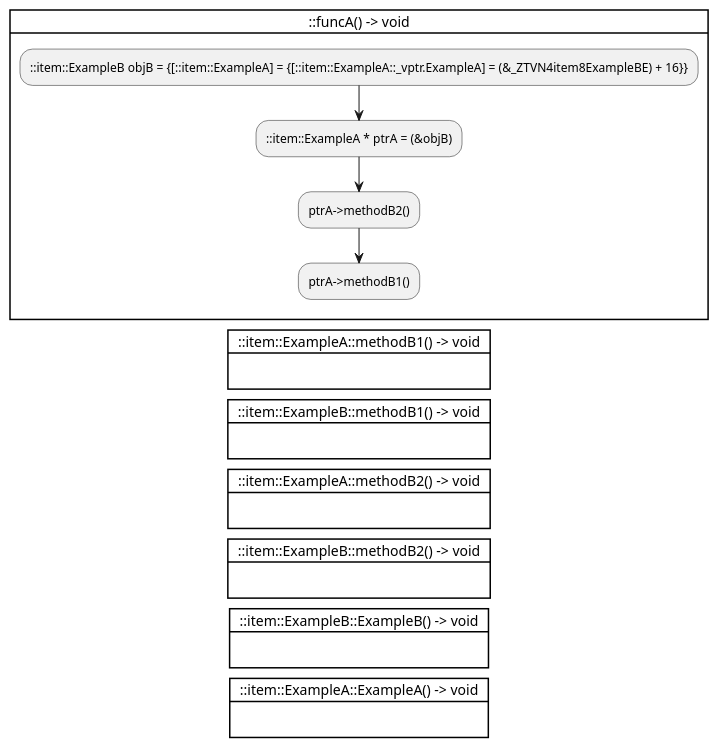
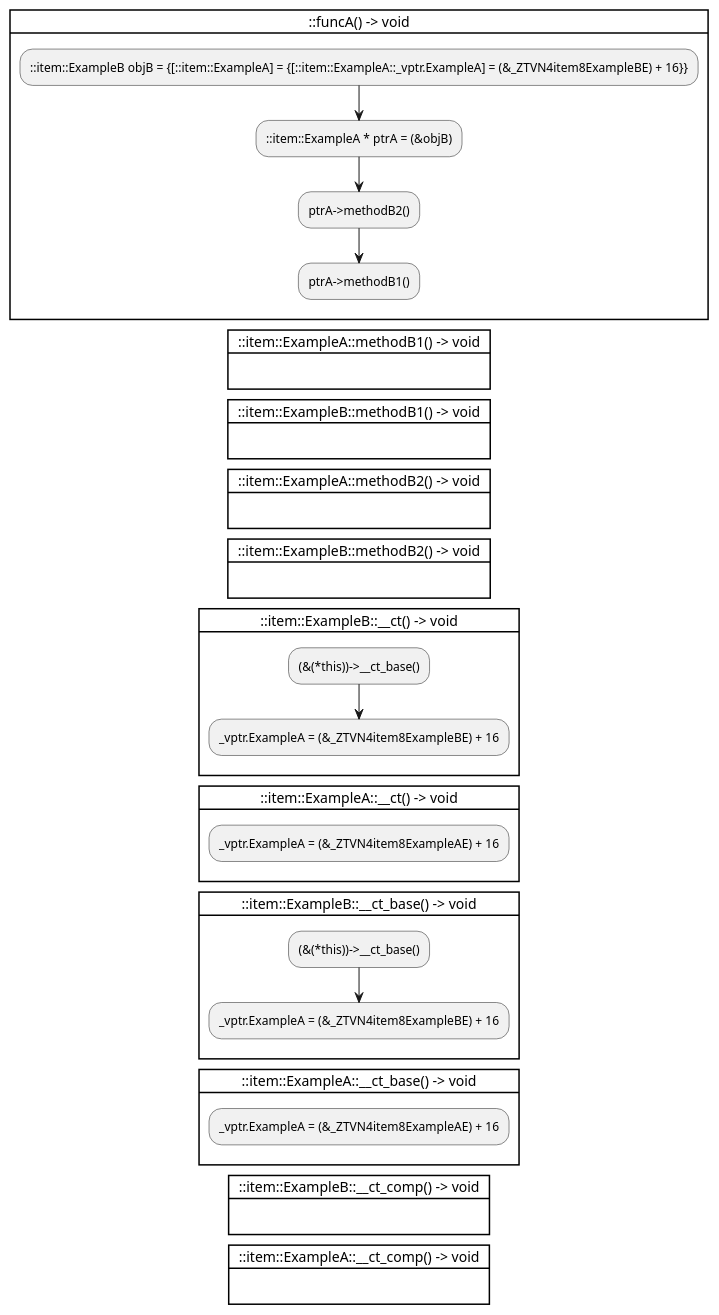
The diagram in examples/ctrlflowgraph/ctrl_ptr.cpp.puml (anetczuk/gcc-uml), drawn with PlantUML before and after one commit. The commit also changed 4 other files, not shown here.

```diff
--- a/examples/ctrlflowgraph/ctrl_ptr.cpp.puml
+++ b/examples/ctrlflowgraph/ctrl_ptr.cpp.puml
@@ -1,36 +1,58 @@
 @startuml
 
 card "::funcA() -> void" {
     :::item::ExampleB objB = {[::item::ExampleA] = {[::item::ExampleA::_vptr.ExampleA] = (&_ZTVN4item8ExampleBE) + 16}};
     :::item::ExampleA * ptrA = (&objB);
     :ptrA->methodB2();
     :ptrA->methodB1();
     -[hidden]->
 }
 
 card "::item::ExampleA::methodB1() -> void" {
     -[hidden]->
 }
 
 card "::item::ExampleB::methodB1() -> void" {
     -[hidden]->
 }
 
 card "::item::ExampleA::methodB2() -> void" {
     -[hidden]->
 }
 
 card "::item::ExampleB::methodB2() -> void" {
     -[hidden]->
 }
 
-card "::item::ExampleB::ExampleB() -> void" {
+card "::item::ExampleB::__ct() -> void" {
+    :(&(*this))->__ct_base();
+    :_vptr.ExampleA = (&_ZTVN4item8ExampleBE) + 16;
     -[hidden]->
 }
 
-card "::item::ExampleA::ExampleA() -> void" {
+card "::item::ExampleA::__ct() -> void" {
+    :_vptr.ExampleA = (&_ZTVN4item8ExampleAE) + 16;
+    -[hidden]->
+}
+
+card "::item::ExampleB::__ct_base() -> void" {
+    :(&(*this))->__ct_base();
+    :_vptr.ExampleA = (&_ZTVN4item8ExampleBE) + 16;
+    -[hidden]->
+}
+
+card "::item::ExampleA::__ct_base() -> void" {
+    :_vptr.ExampleA = (&_ZTVN4item8ExampleAE) + 16;
+    -[hidden]->
+}
+
+card "::item::ExampleB::__ct_comp() -> void" {
+    -[hidden]->
+}
+
+card "::item::ExampleA::__ct_comp() -> void" {
     -[hidden]->
 }
 
 
 @enduml
```
